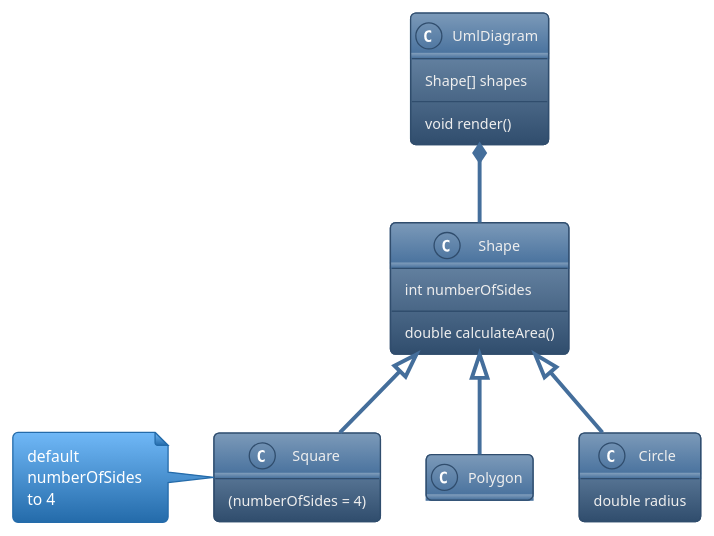
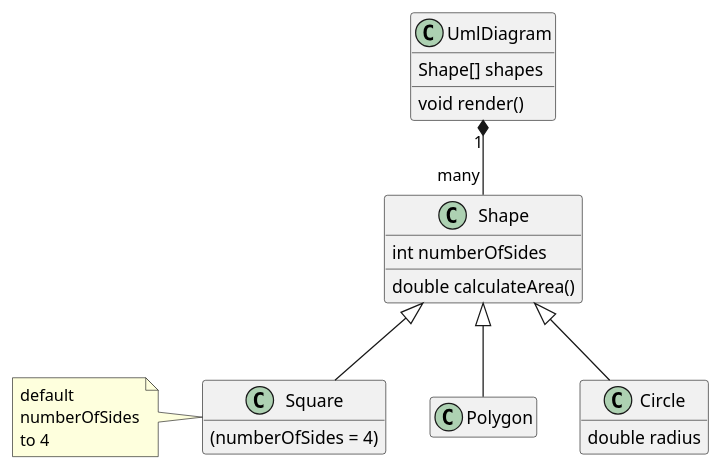
One commit to gingertez/PlantUMLExamples changed the diagram in ClassDiagram.wsd. Above: the diagram before and after it, drawn with PlantUML.

Commit message:
Update ClassDiagram.wsd
Theming added to plugin - no need to have theme in the template.

```diff
--- a/ClassDiagram.wsd
+++ b/ClassDiagram.wsd
@@ -1,33 +1,29 @@
 @startuml
 'Example Class Diagram
 'For documentation see https://plantuml.com/class-diagram
-
-'For docs on themes see https://plantuml.com/theme
-'Remove the line below if you want the defaul PlantUML look and feel
-!theme spacelab
 
 hide empty members 
 
 class UmlDiagram {
   Shape[] shapes
   void render()
 }
 class Shape {
   int numberOfSides
   double calculateArea()
 }
 class Square
 note left : default\nnumberOfSides\nto 4
 class Polygon
 class Circle {
   double radius
 }
 
 UmlDiagram "1" *-- "many" Shape
 
 Shape <|-- Square
 Shape <|-- Polygon
 Shape <|-- Circle
 
 Square : (numberOfSides = 4)
 @enduml
```
